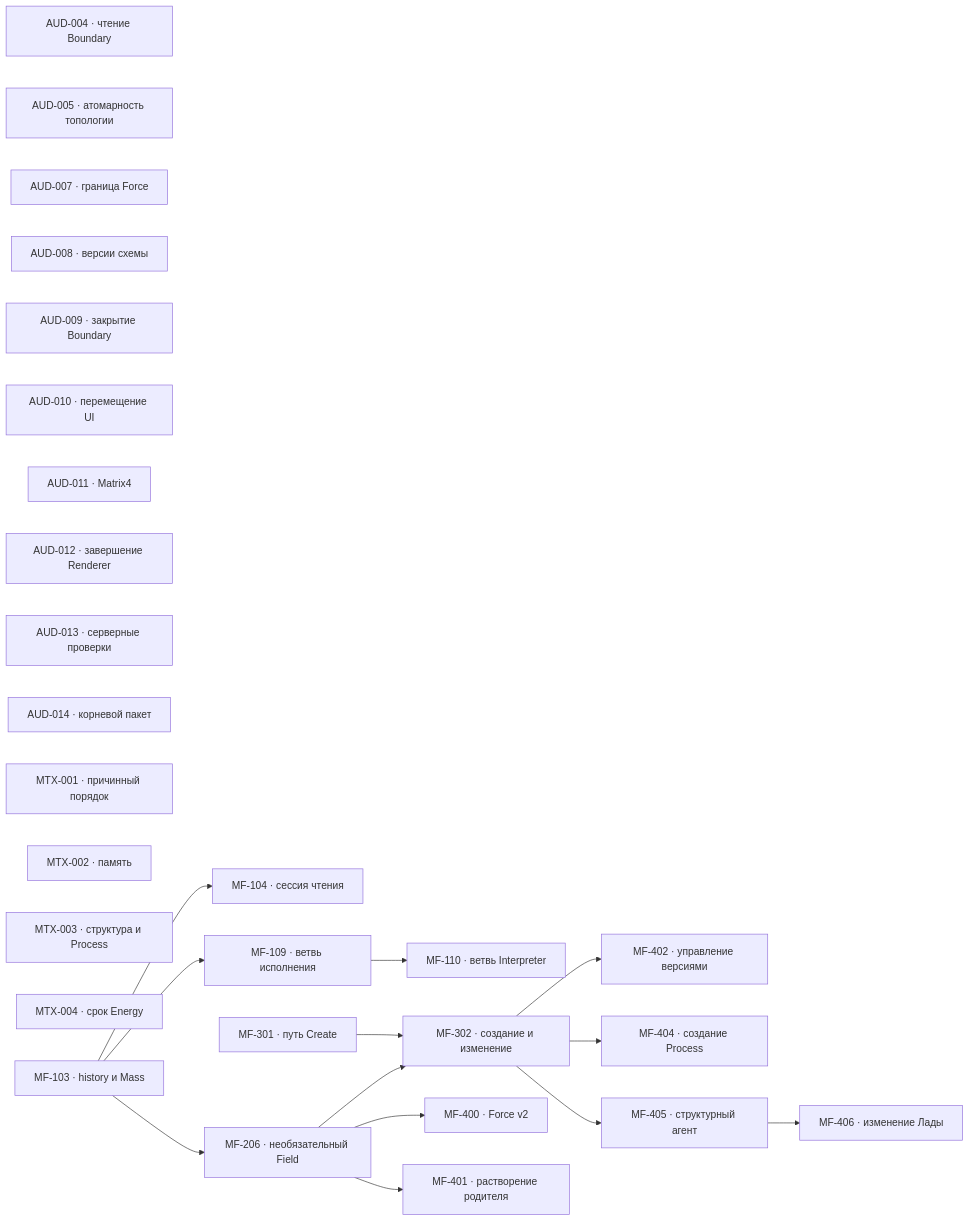
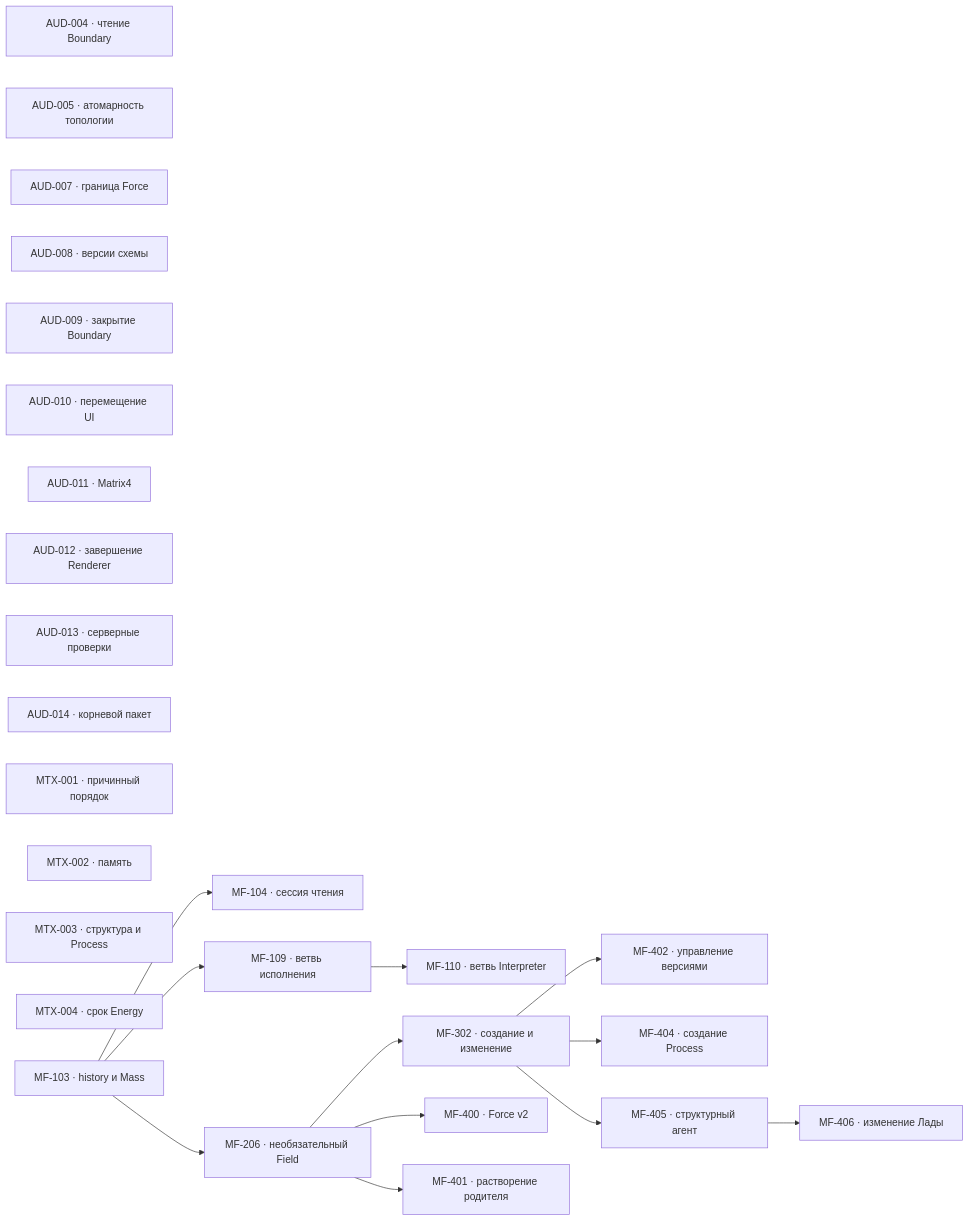
One commit to zavx0z/metafor changed the diagram in project/TODO.md. Above: the diagram before and after it, drawn with Mermaid. The commit also changed other lines of this file and 1 other file, not shown here.

Commit message:
project(MF-301): close Create source patch

````diff
--- a/project/TODO.md
+++ b/project/TODO.md
@@ -13,43 +13,41 @@
 ```mermaid
 flowchart LR
     AUD004["AUD-004 · чтение Boundary"]
     AUD005["AUD-005 · атомарность топологии"]
     AUD007["AUD-007 · граница Force"]
     AUD008["AUD-008 · версии схемы"]
     AUD009["AUD-009 · закрытие Boundary"]
     AUD010["AUD-010 · перемещение UI"]
     AUD011["AUD-011 · Matrix4"]
     AUD012["AUD-012 · завершение Renderer"]
     AUD013["AUD-013 · серверные проверки"]
     AUD014["AUD-014 · корневой пакет"]
     MTX001["MTX-001 · причинный порядок"]
     MTX002["MTX-002 · память"]
     MTX003["MTX-003 · структура и Process"]
     MTX004["MTX-004 · срок Energy"]
     MF103["MF-103 · history и Mass"]
     MF104["MF-104 · сессия чтения"]
     MF109["MF-109 · ветвь исполнения"]
     MF110["MF-110 · ветвь Interpreter"]
     MF206["MF-206 · необязательный Field"]
-    MF301["MF-301 · путь Create"]
     MF302["MF-302 · создание и изменение"]
     MF400["MF-400 · Force v2"]
     MF401["MF-401 · растворение родителя"]
     MF402["MF-402 · управление версиями"]
     MF404["MF-404 · создание Process"]
     MF405["MF-405 · структурный агент"]
     MF406["MF-406 · изменение Лады"]
 
     MF103 --> MF104
     MF103 --> MF109
     MF109 --> MF110
     MF103 --> MF206
-    MF301 --> MF302
     MF206 --> MF302
     MF206 --> MF400
     MF206 --> MF401
     MF302 --> MF402
     MF302 --> MF404
     MF302 --> MF405
     MF405 --> MF406
 ```
````
